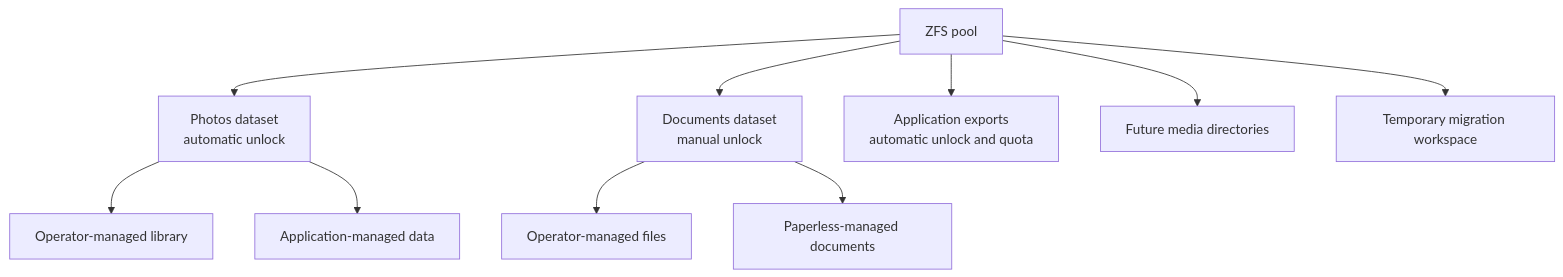
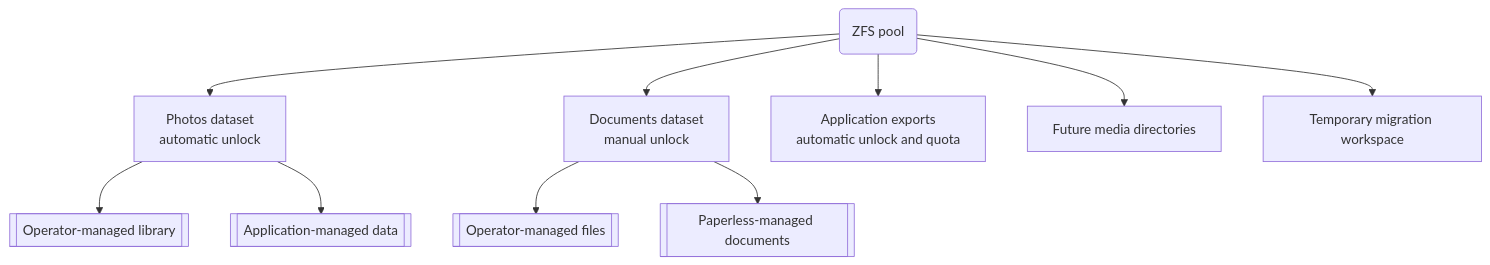
One commit to jnanic/jnanic.github.io changed the second of 3 diagrams in site/content/blog/building-my-homelab-part4.md. Above: the diagram before and after it, drawn with Mermaid. The commit also changed other lines of this file and 3 other files, not shown here.

Commit message:
updated mermaind diagrams on rest of the blogs.

````diff
--- a/site/content/blog/building-my-homelab-part4.md
+++ b/site/content/blog/building-my-homelab-part4.md
@@ -87,19 +99,30 @@
 ```mermaid size=wide caption="ZFS dataset policy boundaries"
 flowchart TB
     accTitle: ZFS dataset policy boundaries
     accDescr: The ZFS pool separates photos, documents, application exports, future media, and migration space. Photo and document datasets further separate operator-managed files from application-managed data and use different unlock policies.
 
-    ROOT["ZFS pool"]
+    ROOT("ZFS pool")
+    PHOTOS["Photos dataset<br/>automatic unlock"]
+    LIBRARY[["Operator-managed library"]]
+    PHOTOAPP[["Application-managed data"]]
+    DOCS["Documents dataset<br/>manual unlock"]
+    FILES[["Operator-managed files"]]
+    PAPERLESS[["Paperless-managed documents"]]
+    EXPORTS["Application exports<br/>automatic unlock and quota"]
+    MEDIA["Future media directories"]
+    MIGRATION["Temporary migration workspace"]
 
-    ROOT --> PHOTOS["Photos dataset<br/>automatic unlock"]
-    PHOTOS --> LIBRARY["Operator-managed library"]
-    PHOTOS --> PHOTOAPP["Application-managed data"]
+    ROOT --> PHOTOS
+    PHOTOS --> LIBRARY
+    PHOTOS --> PHOTOAPP
+    ROOT --> DOCS
+    DOCS --> FILES
+    DOCS --> PAPERLESS
+    ROOT --> EXPORTS
+    ROOT --> MEDIA
+    ROOT --> MIGRATION
 
-    ROOT --> DOCS["Documents dataset<br/>manual unlock"]
-    DOCS --> FILES["Operator-managed files"]
-    DOCS --> PAPERLESS["Paperless-managed documents"]
-
-    ROOT --> EXPORTS["Application exports<br/>automatic unlock and quota"]
-    ROOT --> MEDIA["Future media directories"]
-    ROOT --> MIGRATION["Temporary migration workspace"]
+    class ROOT source;
+    class PHOTOS,DOCS,EXPORTS,MEDIA,MIGRATION process;
+    class LIBRARY,PHOTOAPP,FILES,PAPERLESS evidence;
 ```
````
